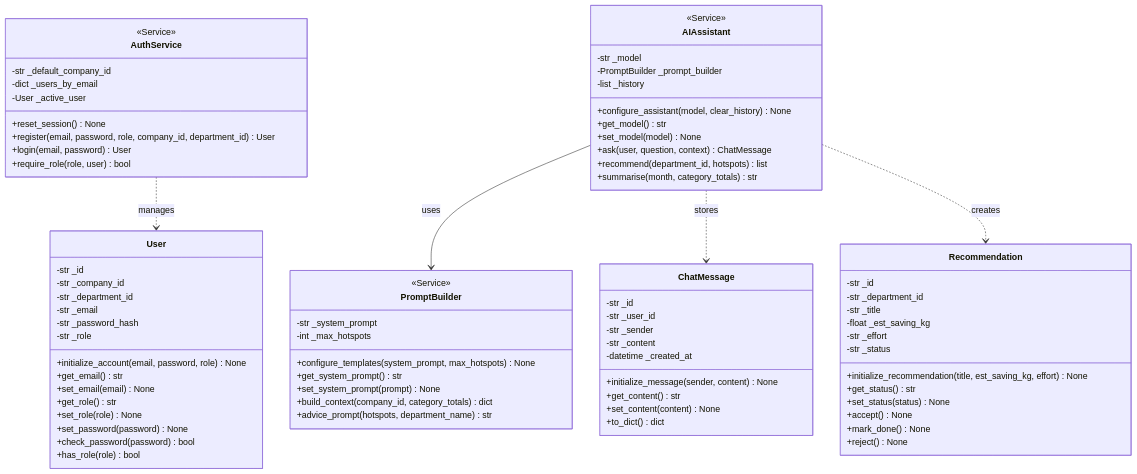
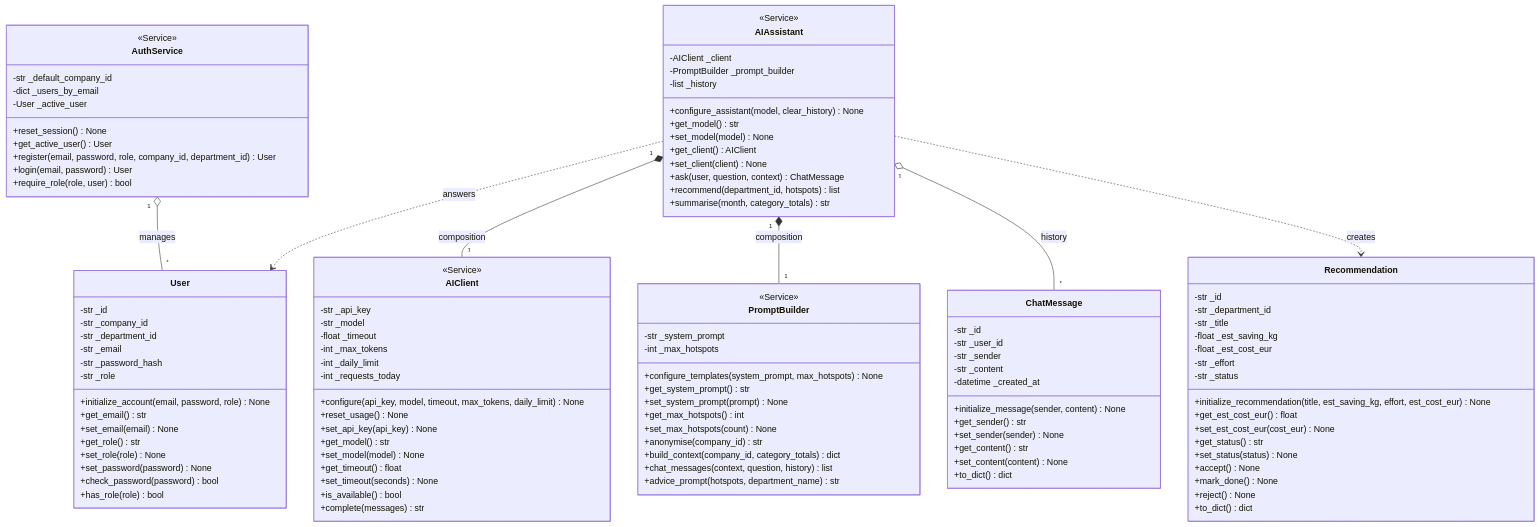
Before and after one commit to M-AA-B/CPC-Python-Capstone-Project: the third of 3 diagrams in README.md, drawn with Mermaid. The commit also changed other lines of this file and 9 other files, not shown here.

````diff
--- a/README.md
+++ b/README.md
@@ -204,6 +206,8 @@
         -str _content
         -datetime _created_at
         +initialize_message(sender, content) None
+        +get_sender() str
+        +set_sender(sender) None
         +get_content() str
         +set_content(content) None
         +to_dict() dict
@@ -214,14 +218,18 @@
         -str _department_id
         -str _title
         -float _est_saving_kg
+        -float _est_cost_eur
         -str _effort
         -str _status
-        +initialize_recommendation(title, est_saving_kg, effort) None
+        +initialize_recommendation(title, est_saving_kg, effort, est_cost_eur) None
+        +get_est_cost_eur() float
+        +set_est_cost_eur(cost_eur) None
         +get_status() str
         +set_status(status) None
         +accept() None
         +mark_done() None
         +reject() None
+        +to_dict() dict
     }
 
     class AuthService {
@@ -230,6 +238,7 @@
         -dict _users_by_email
         -User _active_user
         +reset_session() None
+        +get_active_user() User
         +register(email, password, role, company_id, department_id) User
         +login(email, password) User
         +require_role(role, user) bool
@@ -242,25 +251,52 @@
         +configure_templates(system_prompt, max_hotspots) None
         +get_system_prompt() str
         +set_system_prompt(prompt) None
+        +get_max_hotspots() int
+        +set_max_hotspots(count) None
+        +anonymise(company_id) str
         +build_context(company_id, category_totals) dict
+        +chat_messages(context, question, history) list
         +advice_prompt(hotspots, department_name) str
+    }
+
+    class AIClient {
+        <<Service>>
+        -str _api_key
+        -str _model
+        -float _timeout
+        -int _max_tokens
+        -int _daily_limit
+        -int _requests_today
+        +configure(api_key, model, timeout, max_tokens, daily_limit) None
+        +reset_usage() None
+        +set_api_key(api_key) None
+        +get_model() str
+        +set_model(model) None
+        +get_timeout() float
+        +set_timeout(seconds) None
+        +is_available() bool
+        +complete(messages) str
     }
 
     class AIAssistant {
         <<Service>>
-        -str _model
+        -AIClient _client
         -PromptBuilder _prompt_builder
         -list _history
         +configure_assistant(model, clear_history) None
         +get_model() str
         +set_model(model) None
+        +get_client() AIClient
+        +set_client(client) None
         +ask(user, question, context) ChatMessage
         +recommend(department_id, hotspots) list
         +summarise(month, category_totals) str
     }
 
-    AuthService ..> User : manages
-    AIAssistant --> PromptBuilder : uses
-    AIAssistant ..> ChatMessage : stores
+    AuthService "1" o-- "*" User : manages
+    AIAssistant "1" *-- "1" AIClient : composition
+    AIAssistant "1" *-- "1" PromptBuilder : composition
+    AIAssistant "1" o-- "*" ChatMessage : history
     AIAssistant ..> Recommendation : creates
+    AIAssistant ..> User : answers
 ```
````
